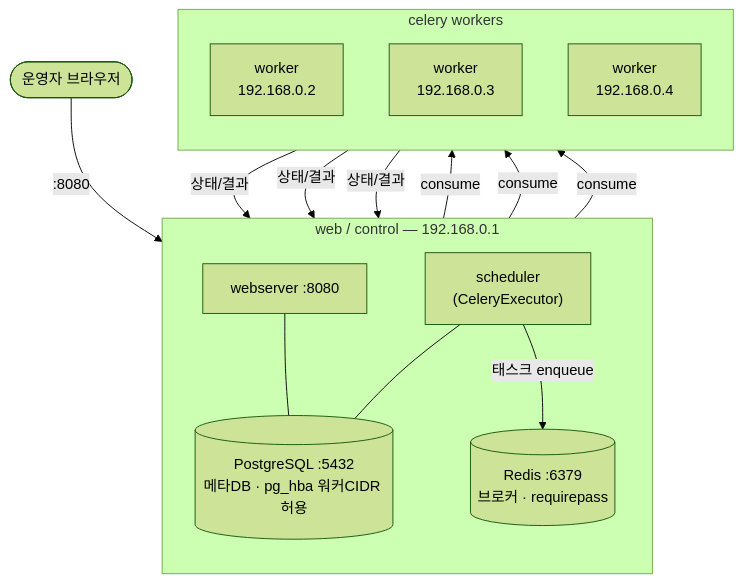
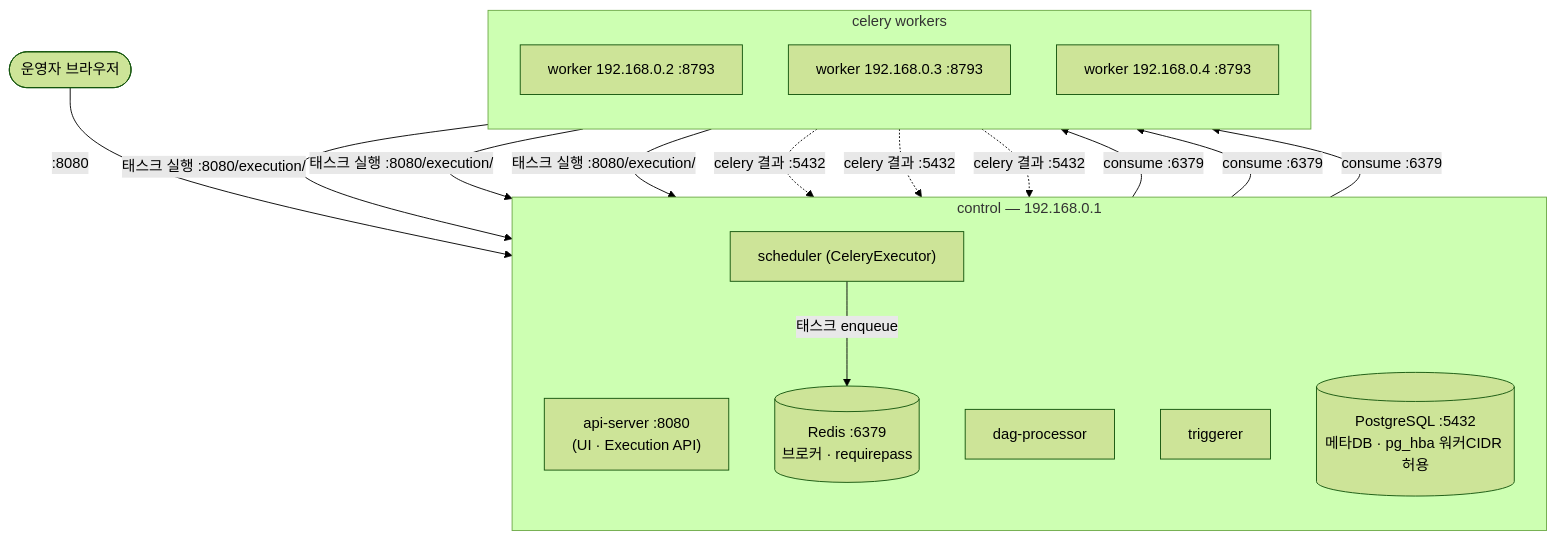
One commit to DataDynamics/airflow-installation changed the third of 4 diagrams in README.md. Above: the diagram before and after it, drawn with Mermaid (forest theme). The commit also changed other lines of this file and 18 other files, not shown here.

First line of the commit message:
Upgrade to Airflow 3.3.0 on python3.11 (api-server/dag-processor/JWT architecture)

````diff
--- a/README.md
+++ b/README.md
@@ -67,30 +82,33 @@
 ```mermaid
 flowchart TB
   User(["운영자 브라우저"])
 
-  subgraph C["web / control — 192.168.0.1"]
+  subgraph C["control — 192.168.0.1"]
     direction TB
-    WS["webserver :8080"]
-    SC["scheduler<br/>(CeleryExecutor)"]
+    API["api-server :8080<br/>(UI · Execution API)"]
+    SC["scheduler (CeleryExecutor)"]
+    DP["dag-processor"]
+    TR["triggerer"]
     PG[("PostgreSQL :5432<br/>메타DB · pg_hba 워커CIDR 허용")]
     RD[("Redis :6379<br/>브로커 · requirepass")]
   end
 
   subgraph WK["celery workers"]
     direction TB
-    W1["worker<br/>192.168.0.2"]
-    W2["worker<br/>192.168.0.3"]
-    W3["worker<br/>192.168.0.4"]
+    W1["worker 192.168.0.2 :8793"]
+    W2["worker 192.168.0.3 :8793"]
+    W3["worker 192.168.0.4 :8793"]
   end
 
-  User -->|":8080"| WS
-  WS --- PG
-  SC --- PG
+  User -->|":8080"| API
   SC -->|"태스크 enqueue"| RD
-  RD -->|"consume"| W1
-  RD -->|"consume"| W2
-  RD -->|"consume"| W3
-  W1 -->|"상태/결과"| PG
-  W2 -->|"상태/결과"| PG
-  W3 -->|"상태/결과"| PG
+  RD -->|"consume :6379"| W1
+  RD -->|"consume :6379"| W2
+  RD -->|"consume :6379"| W3
+  W1 -->|"태스크 실행 :8080/execution/"| API
+  W2 -->|"태스크 실행 :8080/execution/"| API
+  W3 -->|"태스크 실행 :8080/execution/"| API
+  W1 -.->|"celery 결과 :5432"| PG
+  W2 -.->|"celery 결과 :5432"| PG
+  W3 -.->|"celery 결과 :5432"| PG
 ```
````
